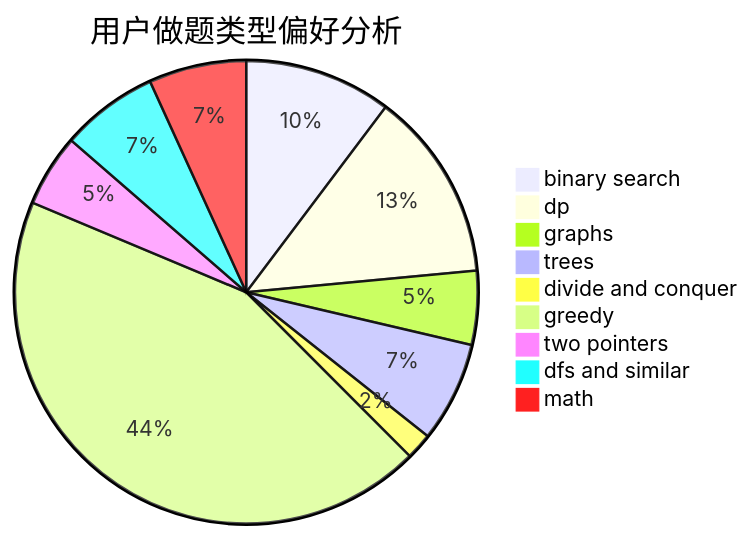
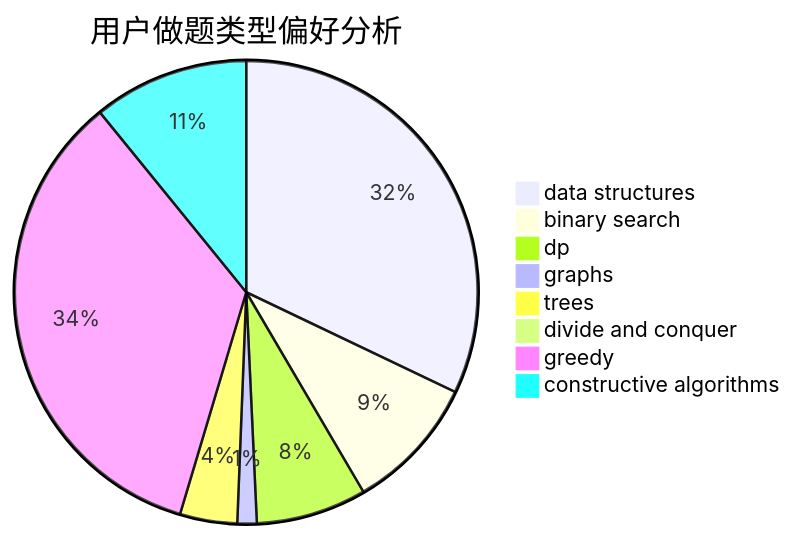
Before and after one commit to sherpahu/cfrs.github.io: the second of 3 diagrams in docs/user/u1986.md, drawn with Mermaid. The commit also changed other lines of this file and 2775 other files, not shown here.

````diff
--- a/docs/user/u1986.md
+++ b/docs/user/u1986.md
@@ -23,12 +23,11 @@
 ```mermaid
 pie title 用户做题类型偏好分析
-    "binary search" :  211
-    "dp" :  272
-    "graphs" :  106
-    "trees" :  144
-    "divide and conquer" :  38
-    "greedy" :  900
-    "two pointers" :  104
-    "dfs and similar" :  140
-    "math" :  140
+    "data structures" :  570
+    "binary search" :  168
+    "dp" :  137
+    "graphs" :  24
+    "trees" :  71
+    "divide and conquer" :  8
+    "greedy" :  613
+    "constructive algorithms" :  193
 ```
````
